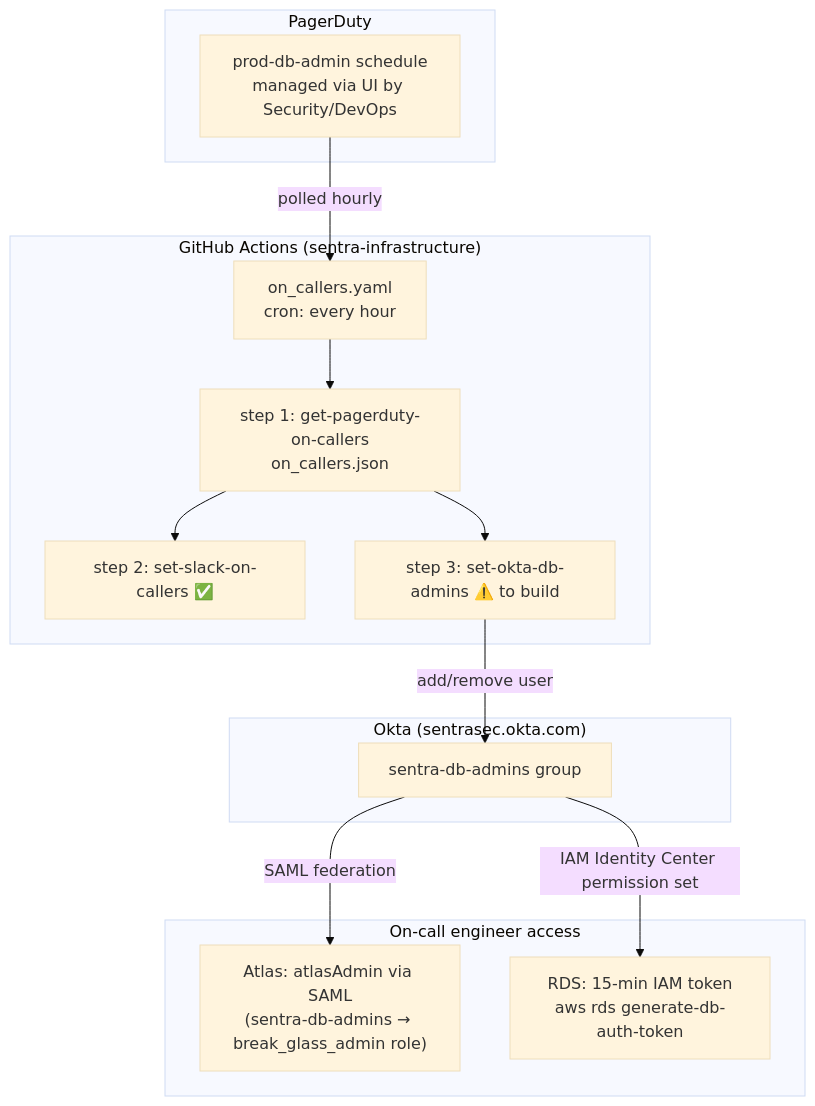
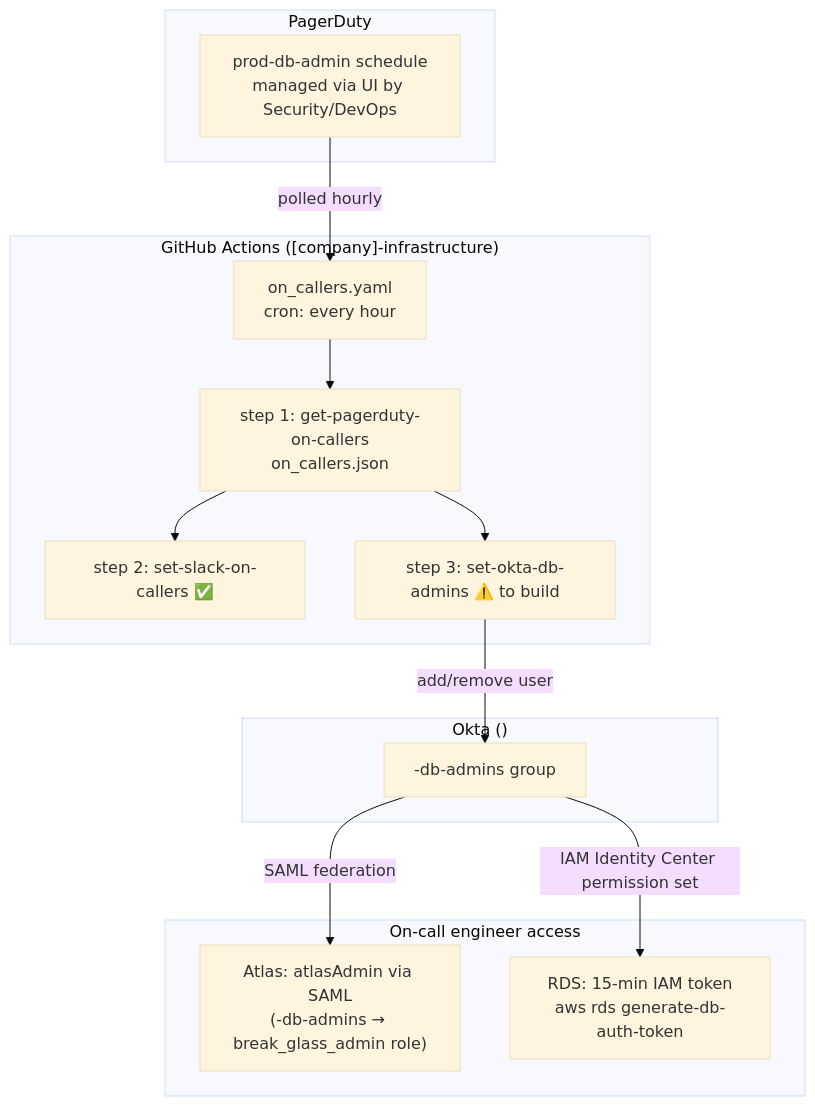
One commit to OrenOren1/db-access-least-privilege changed the fourth of 9 diagrams in adr-least-privilege-db-access.md. Above: the diagram before and after it, drawn with Mermaid (base theme). The commit also changed other lines of this file and 1 other file, not shown here.

Commit message:
Remove company-specific mentions — genericise for public reference

````diff
--- a/adr-least-privilege-db-access.md
+++ b/adr-least-privilege-db-access.md
@@ -236,30 +236,30 @@
 ```mermaid
 flowchart TD
     subgraph pd["PagerDuty"]
         SCHED["prod-db-admin schedule\nmanaged via UI by Security/DevOps"]
     end
 
-    subgraph gha["GitHub Actions (sentra-infrastructure)"]
+    subgraph gha["GitHub Actions ([company]-infrastructure)"]
         CRON["on_callers.yaml\ncron: every hour"]
         STEP1["step 1: get-pagerduty-on-callers\non_callers.json"]
         STEP2["step 2: set-slack-on-callers ✅"]
         STEP3["step 3: set-okta-db-admins ⚠️ to build"]
     end
 
-    subgraph okta["Okta (sentrasec.okta.com)"]
-        GROUP["sentra-db-admins group"]
+    subgraph okta["Okta (<okta-domain>)"]
+        GROUP["<company>-db-admins group"]
     end
 
     subgraph access["On-call engineer access"]
-        ATLAS["Atlas: atlasAdmin via SAML\n(sentra-db-admins → break_glass_admin role)"]
+        ATLAS["Atlas: atlasAdmin via SAML\n(<company>-db-admins → break_glass_admin role)"]
         RDS_OP["RDS: 15-min IAM token\naws rds generate-db-auth-token"]
     end
 
     SCHED -->|polled hourly| CRON
     CRON --> STEP1
     STEP1 --> STEP2
     STEP1 --> STEP3
     STEP3 -->|add/remove user| GROUP
     GROUP -->|SAML federation| ATLAS
     GROUP -->|IAM Identity Center permission set| RDS_OP
 ```
````
